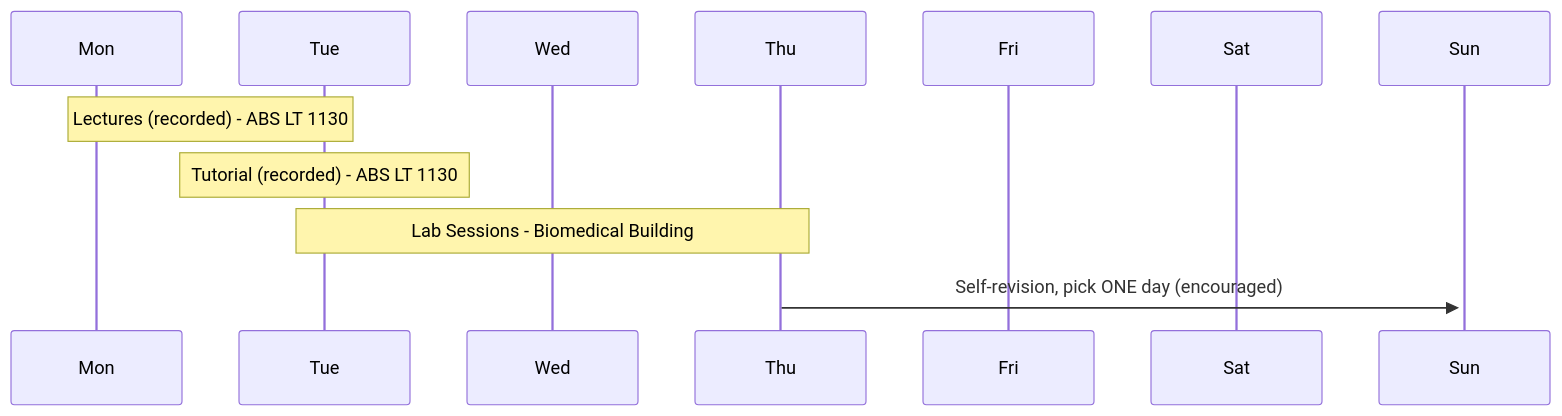
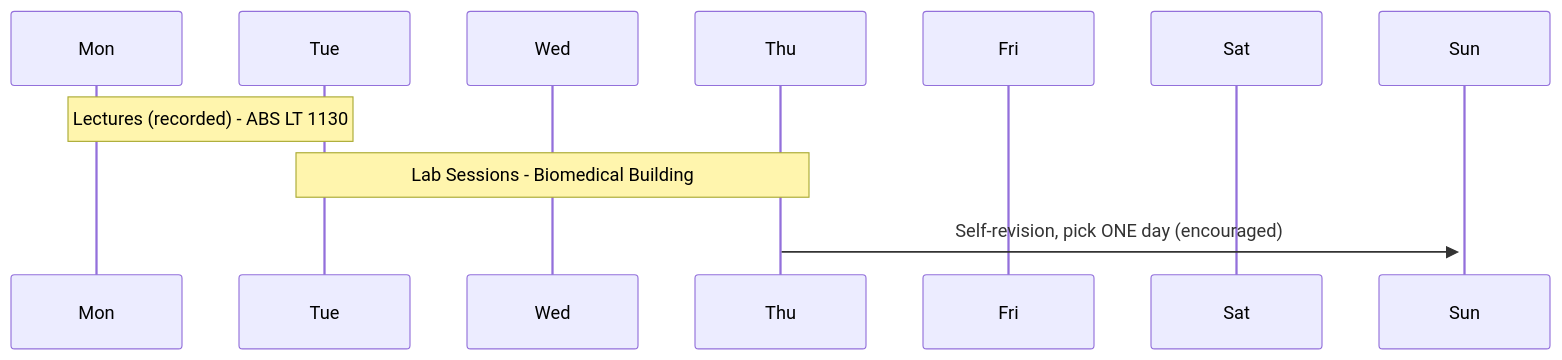
The diagram in lectures/L01/lecture-01a.qmd (ENVX-resources/ENVX1002-lectures), drawn with Mermaid before and after one commit. The commit also changed other lines of this file and 4 other files, not shown here.

````diff
--- a/lectures/L01/lecture-01a.qmd
+++ b/lectures/L01/lecture-01a.qmd
@@ -106,16 +106,15 @@
 ```{mermaid}
 sequenceDiagram
   participant M as Mon
   participant T as Tue
   participant W as Wed
   participant Th as Thu
   participant F as Fri
   participant S as Sat
   participant Su as Sun
 
   Note over M,T: Lectures (recorded) - ABS LT 1130
-  Note over T: Tutorial (recorded) - ABS LT 1130
   Note over T,Th: Lab Sessions - Biomedical Building
   Th->>+Su: Self-revision, pick ONE day (encouraged)
 
 ```
````
